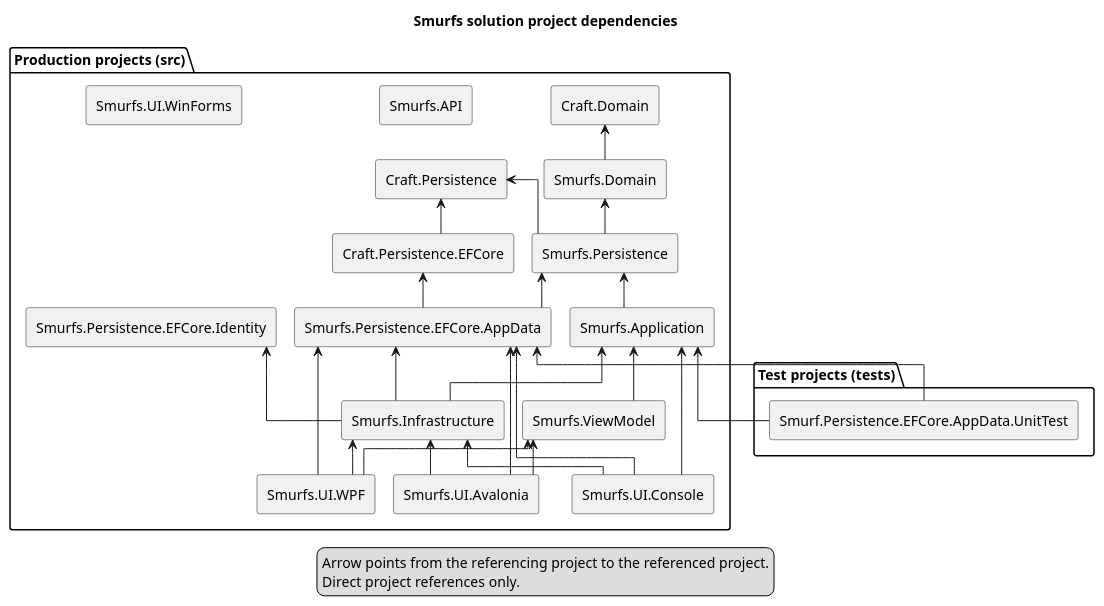
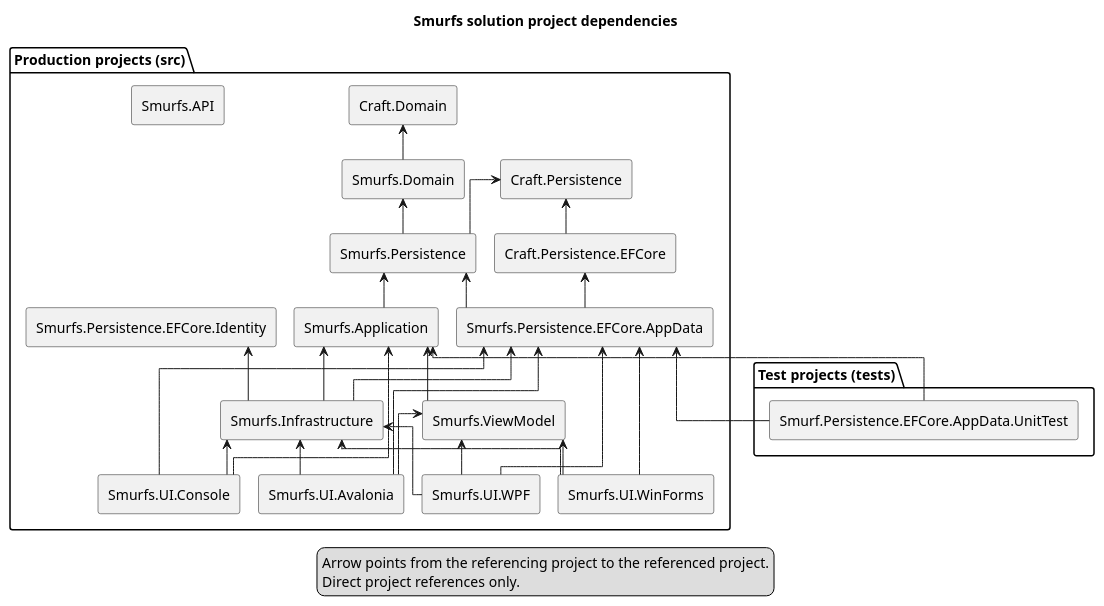
The diagram in docs/structural/diagrams/project-dependencies.puml (EbbeMeloSorensen/Smurfs), drawn with PlantUML before and after one commit. The commit also changed 8 other files, not shown here.

Commit message:
Codex extended the WinFormsApp

```diff
--- a/docs/structural/diagrams/project-dependencies.puml
+++ b/docs/structural/diagrams/project-dependencies.puml
@@ -1,58 +1,61 @@
 @startuml
 title Smurfs solution project dependencies
 ' Keep nodes and arrows aligned with Smurfs.sln and direct ProjectReference items.
 skinparam componentStyle rectangle
 skinparam linetype ortho
 skinparam nodesep 18
 skinparam ranksep 35
 
 package "Production projects (src)" {
   component "Craft.Domain" as Craft_Domain
   component "Craft.Persistence" as Craft_Persistence
   component "Craft.Persistence.EFCore" as Craft_Persistence_EFCore
   component "Smurfs.API" as Smurfs_API
   component "Smurfs.Application" as Smurfs_Application
   component "Smurfs.Domain" as Smurfs_Domain
   component "Smurfs.Infrastructure" as Smurfs_Infrastructure
   component "Smurfs.Persistence" as Smurfs_Persistence
   component "Smurfs.Persistence.EFCore.AppData" as Smurfs_Persistence_EFCore_AppData
   component "Smurfs.Persistence.EFCore.Identity" as Smurfs_Persistence_EFCore_Identity
   component "Smurfs.UI.Avalonia" as Smurfs_UI_Avalonia
   component "Smurfs.UI.Console" as Smurfs_UI_Console
   component "Smurfs.UI.WinForms" as Smurfs_UI_WinForms
   component "Smurfs.UI.WPF" as Smurfs_UI_WPF
   component "Smurfs.ViewModel" as Smurfs_ViewModel
 }
 
 package "Test projects (tests)" {
   component "Smurf.Persistence.EFCore.AppData.UnitTest" as Smurf_Persistence_EFCore_AppData_UnitTest
 }
 
 Craft_Persistence_EFCore -up-> Craft_Persistence
 Smurfs_Application -up-> Smurfs_Persistence
 Smurfs_Domain -up-> Craft_Domain
 Smurfs_Infrastructure -up-> Smurfs_Application
 Smurfs_Infrastructure -up-> Smurfs_Persistence_EFCore_AppData
 Smurfs_Infrastructure -up-> Smurfs_Persistence_EFCore_Identity
 Smurfs_Persistence -up-> Craft_Persistence
 Smurfs_Persistence -up-> Smurfs_Domain
 Smurfs_Persistence_EFCore_AppData -up-> Craft_Persistence_EFCore
 Smurfs_Persistence_EFCore_AppData -up-> Smurfs_Persistence
 Smurfs_UI_Avalonia -up-> Smurfs_Infrastructure
 Smurfs_UI_Avalonia -up-> Smurfs_Persistence_EFCore_AppData
 Smurfs_UI_Avalonia -up-> Smurfs_ViewModel
 Smurfs_UI_Console -up-> Smurfs_Application
 Smurfs_UI_Console -up-> Smurfs_Infrastructure
 Smurfs_UI_Console -up-> Smurfs_Persistence_EFCore_AppData
+Smurfs_UI_WinForms -up-> Smurfs_Infrastructure
+Smurfs_UI_WinForms -up-> Smurfs_Persistence_EFCore_AppData
+Smurfs_UI_WinForms -up-> Smurfs_ViewModel
 Smurfs_UI_WPF -up-> Smurfs_Infrastructure
 Smurfs_UI_WPF -up-> Smurfs_Persistence_EFCore_AppData
 Smurfs_UI_WPF -up-> Smurfs_ViewModel
 Smurfs_ViewModel -up-> Smurfs_Application
 Smurf_Persistence_EFCore_AppData_UnitTest -up-> Smurfs_Application
 Smurf_Persistence_EFCore_AppData_UnitTest -up-> Smurfs_Persistence_EFCore_AppData
 
 legend bottom
   Arrow points from the referencing project to the referenced project.
   Direct project references only.
 endlegend
 @enduml
```
